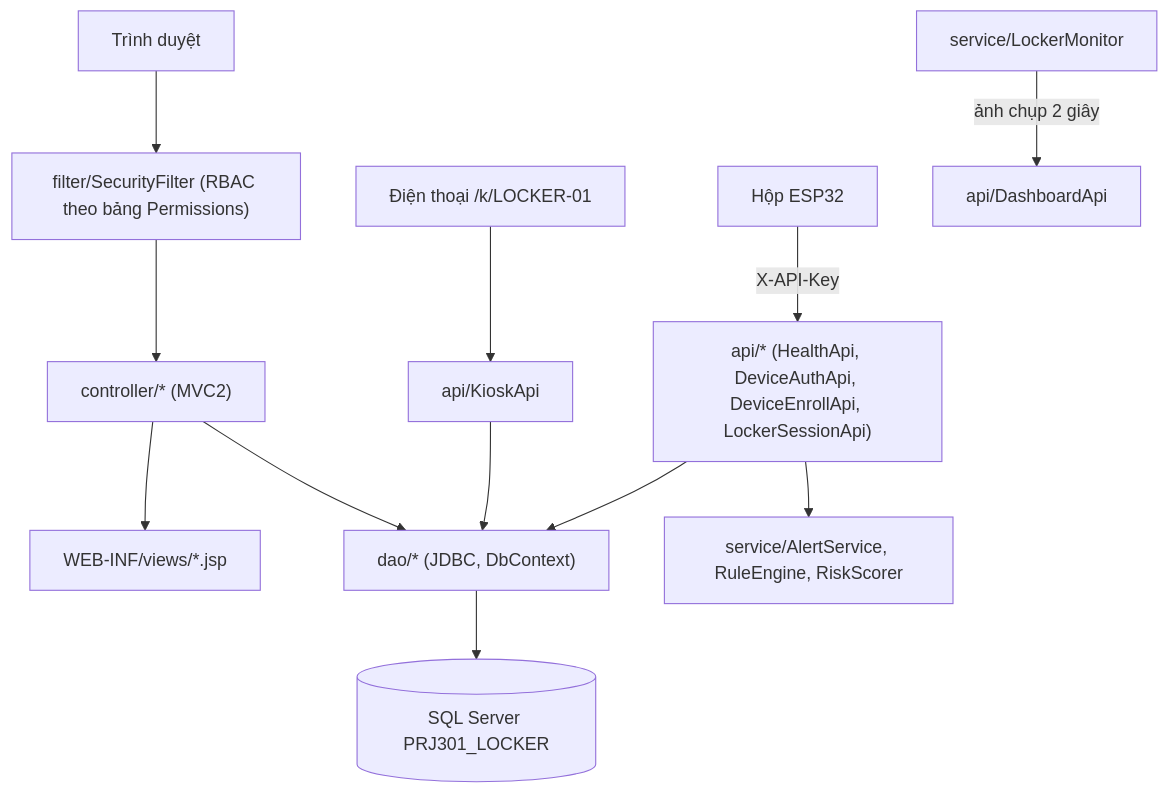
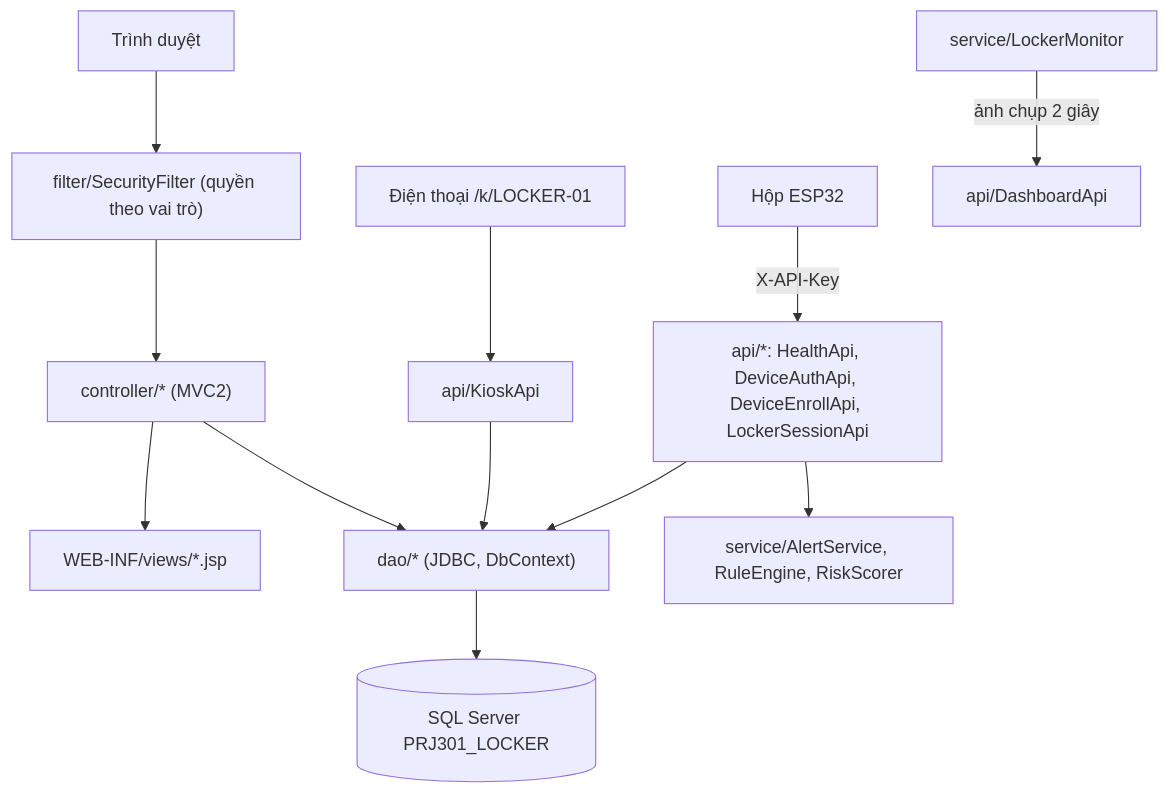
One commit to HoangDuc1003/SmartLocker changed the fourth of 4 diagrams in README.md. Above: the diagram before and after it, drawn with Mermaid. The commit also changed other lines of this file and 40 other files, not shown here.

First line of the commit message:
Add demo_box.sql script for managing SmartLocker device and banks

````diff
--- a/README.md
+++ b/README.md
@@ -88,14 +389,14 @@
 ```mermaid
 flowchart TD
-    ESP["Hộp ESP32"] -->|X-API-Key| API["api/* (HealthApi, DeviceAuthApi, DeviceEnrollApi, LockerSessionApi)"]
+    ESP["Hộp ESP32"] -->|X-API-Key| API["api/*: HealthApi, DeviceAuthApi, DeviceEnrollApi, LockerSessionApi"]
     Phone["Điện thoại /k/LOCKER-01"] --> Kiosk["api/KioskApi"]
-    Browser["Trình duyệt"] --> Filter["filter/SecurityFilter (RBAC theo bảng Permissions)"]
+    Browser["Trình duyệt"] --> Filter["filter/SecurityFilter (quyền theo vai trò)"]
     Filter --> Ctrl["controller/* (MVC2)"]
     Ctrl --> Views["WEB-INF/views/*.jsp"]
     API --> DAO["dao/* (JDBC, DbContext)"]
     Kiosk --> DAO
     Ctrl --> DAO
     API --> Svc["service/AlertService, RuleEngine, RiskScorer"]
-    Monitor["service/LockerMonitor"] -->|ảnh chụp 2 giây| DashApi["api/DashboardApi"]
-    DAO --> DB[(SQL Server PRJ301_LOCKER)]
+    Monitor["service/LockerMonitor"] -->|"ảnh chụp 2 giây"| DashApi["api/DashboardApi"]
+    DAO --> DB[("SQL Server PRJ301_LOCKER")]
 ```
````
